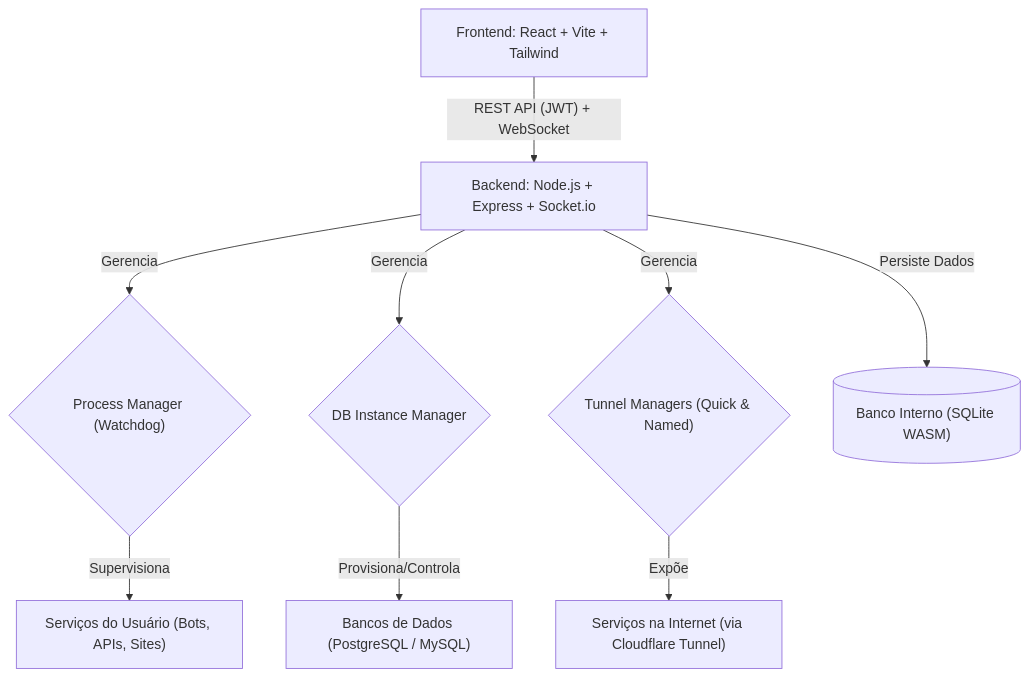
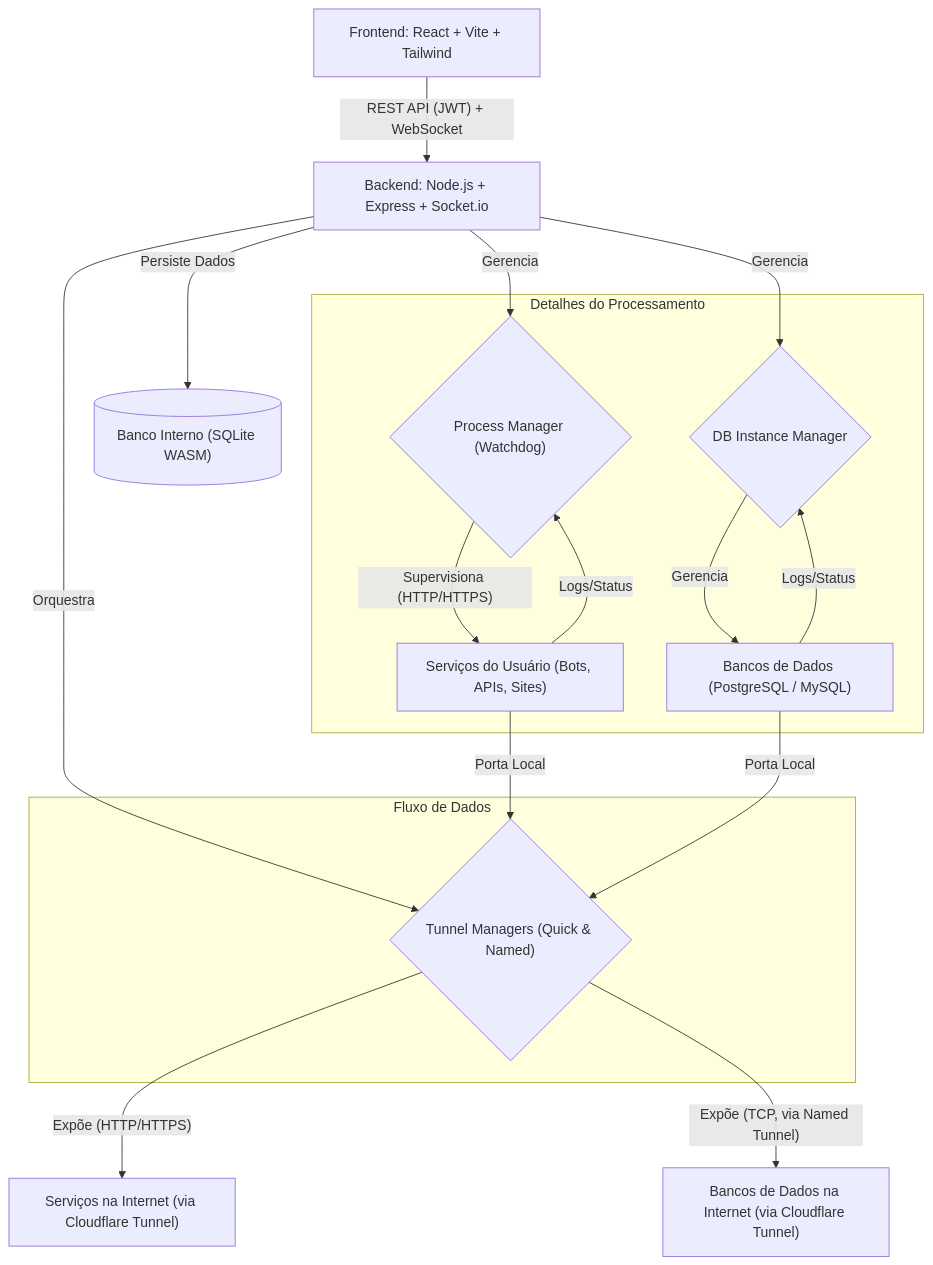
Before and after one commit to theeussx/pterodroid: the diagram in README.md, drawn with Mermaid.

Commit message:
Update README with detailed processing flow

````diff
--- a/README.md
+++ b/README.md
@@ -93,11 +93,23 @@
 ```mermaid
 graph TD
     A[Frontend: React + Vite + Tailwind] -- REST API (JWT) + WebSocket --> B[Backend: Node.js + Express + Socket.io]
     B -- Gerencia --> C{"Process Manager (Watchdog)"}
     B -- Gerencia --> D{"DB Instance Manager"}
-    B -- Gerencia --> H{"Tunnel Managers (Quick & Named)"}
-    C -- Supervisiona --> E["Serviços do Usuário (Bots, APIs, Sites)"]
-    D -- Provisiona/Controla --> F["Bancos de Dados (PostgreSQL / MySQL)"]
-    H -- Expõe --> I["Serviços na Internet (via Cloudflare Tunnel)"]
+    B -- Orquestra --> H{"Tunnel Managers (Quick & Named)"}
+    C -- Supervisiona (HTTP/HTTPS) --> E["Serviços do Usuário (Bots, APIs, Sites)"]
+    D -- Gerencia --> F["Bancos de Dados (PostgreSQL / MySQL)"]
+    H -- Expõe (HTTP/HTTPS) --> I["Serviços na Internet (via Cloudflare Tunnel)"]
+    H -- Expõe (TCP, via Named Tunnel) --> J["Bancos de Dados na Internet (via Cloudflare Tunnel)"]
     B -- Persiste Dados --> G[("Banco Interno (SQLite WASM)")]
+
+    subgraph Detalhes do Processamento
+        E -- Logs/Status --> C
+        F -- Logs/Status --> D
+    end
+
+    subgraph Fluxo de Dados
+        E -- Porta Local --> H
+        F -- Porta Local --> H
+    end
+
 ```
````
